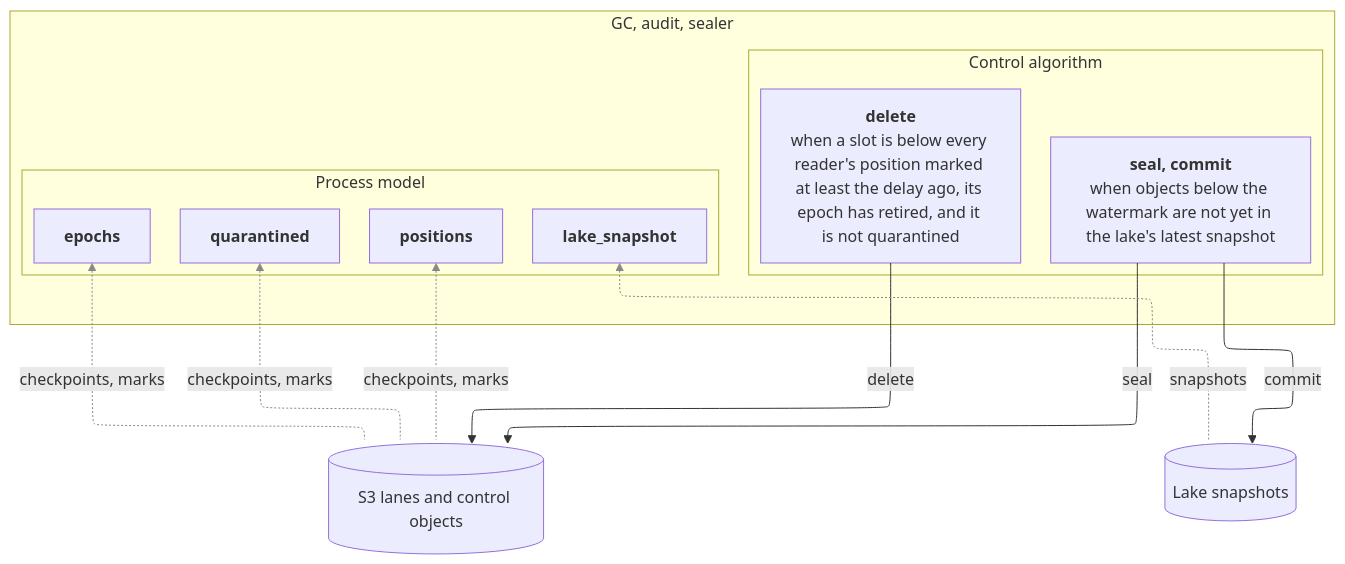
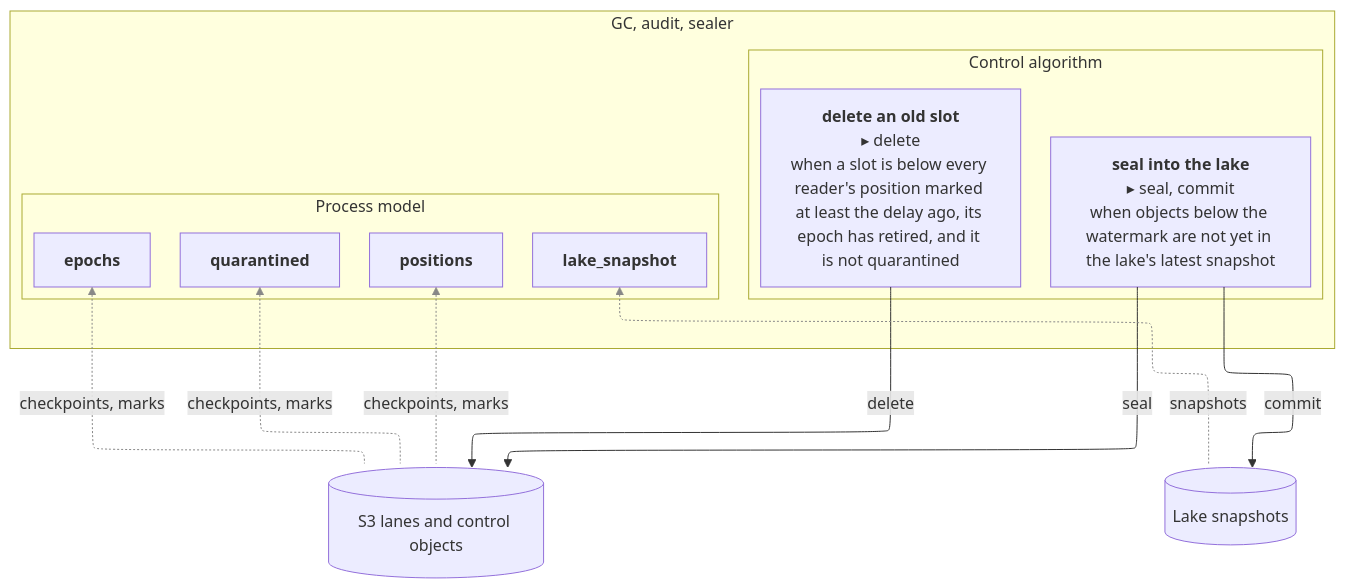
Before and after one commit to casselc/observability: the diagram in otel-chdb/stpa/generated/controller-gc.mmd, drawn with Mermaid. The commit also changed 60 other files, not shown here.

First line of the commit message:
otel-chdb/stpa: rule names head the detail diagrams; PRD widgets for every controller

```diff
--- a/otel-chdb/stpa/generated/controller-gc.mmd
+++ b/otel-chdb/stpa/generated/controller-gc.mmd
@@ -1,29 +1,29 @@
 ---
 config:
   layout: elk
 ---
 flowchart TB
   %% Generated by otel-chdb/stpa/tools from records/controller-ac2fd1.md and structure.yaml. Do not edit.
   subgraph C["GC, audit, sealer"]
     subgraph CA["Control algorithm"]
-      r1["<b>delete</b><br/>when a slot is below every reader's position marked at least the delay ago, its epoch has retired, and it is not quarantined"]
-      r2["<b>seal, commit</b><br/>when objects below the watermark are not yet in the lake's latest snapshot"]
+      r1["<b>delete an old slot</b><br/>▸ delete<br/>when a slot is below every reader's position marked at least the delay ago, its epoch has retired, and it is not quarantined"]
+      r2["<b>seal into the lake</b><br/>▸ seal, commit<br/>when objects below the watermark are not yet in the lake's latest snapshot"]
     end
     subgraph PM["Process model"]
       v1["<b>positions</b>"]
       v2["<b>epochs</b>"]
       v3["<b>quarantined</b>"]
       v4["<b>lake_snapshot</b>"]
     end
   end
   n21e324[("S3 lanes and control objects")]
   r1 -->|delete| n21e324
   r2 -->|seal| n21e324
   v1 fb1@<-.->|checkpoints, marks| n21e324
   v2 fb2@<-.->|checkpoints, marks| n21e324
   v3 fb3@<-.->|checkpoints, marks| n21e324
   nb29392[("Lake snapshots")]
   r2 -->|commit| nb29392
   v4 fb4@<-.->|snapshots| nb29392
   classDef fb stroke:#888,marker-end:none
   class fb1,fb2,fb3,fb4 fb
```
